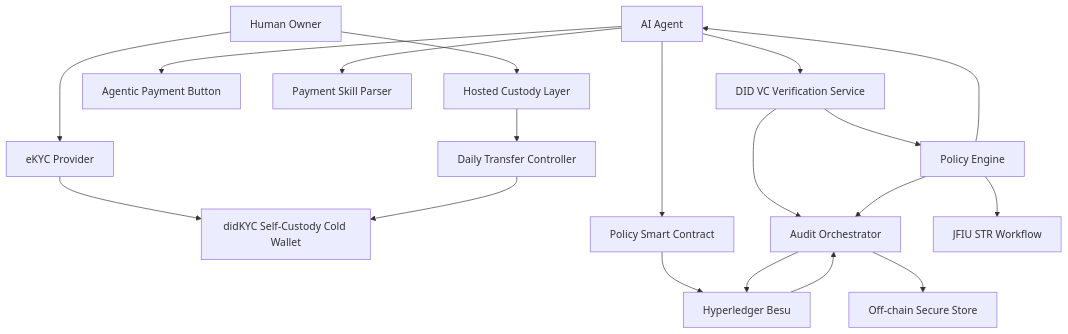
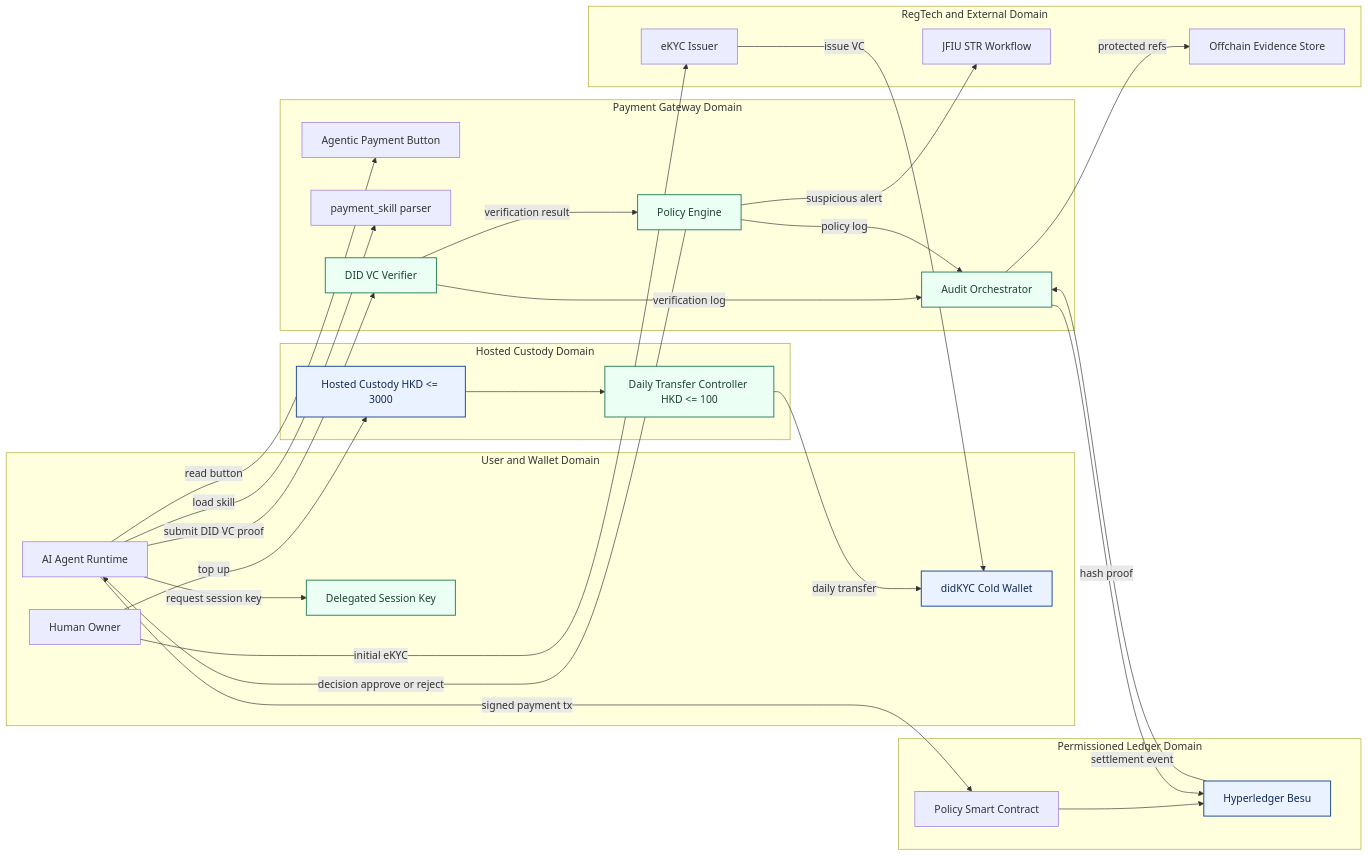
The diagram in wallet/technical_architecture_diagram.mmd (realmatterio/didKYC-Agentic-Micropayment-Public), drawn with Mermaid before and after one commit. The commit also changed 3 other files, not shown here.

```diff
--- a/wallet/technical_architecture_diagram.mmd
+++ b/wallet/technical_architecture_diagram.mmd
@@ -1,37 +1,62 @@
-flowchart TD
-  HO[Human Owner]
-  EK[eKYC Provider]
-  HC[Hosted Custody Layer]
-  TF[Daily Transfer Controller]
-  CW[didKYC Self-Custody Cold Wallet]
-  AG[AI Agent]
-  APB[Agentic Payment Button]
-  PS[Payment Skill Parser]
-  VE[DID VC Verification Service]
-  PE[Policy Engine]
-  SC[Policy Smart Contract]
-  BS[Hyperledger Besu]
-  AT[Audit Orchestrator]
-  OS[Off-chain Secure Store]
-  JF[JFIU STR Workflow]
+flowchart LR
+  subgraph U[User and Wallet Domain]
+    HO[Human Owner]
+    AG[AI Agent Runtime]
+    CW[didKYC Cold Wallet]
+    DK[Delegated Session Key]
+  end
 
-  HO --> EK
-  EK --> CW
-  HO --> HC
-  HC --> TF
-  TF --> CW
+  subgraph C[Hosted Custody Domain]
+    HC[Hosted Custody HKD <= 3000]
+    DT[Daily Transfer Controller HKD <= 100]
+  end
 
-  AG --> APB
-  AG --> PS
-  AG --> VE
-  VE --> PE
-  PE --> AG
-  AG --> SC
+  subgraph G[Payment Gateway Domain]
+    APB[Agentic Payment Button]
+    PS[payment_skill parser]
+    VE[DID VC Verifier]
+    PE[Policy Engine]
+    AO[Audit Orchestrator]
+  end
+
+  subgraph L[Permissioned Ledger Domain]
+    SC[Policy Smart Contract]
+    BS[Hyperledger Besu]
+  end
+
+  subgraph R[RegTech and External Domain]
+    EK[eKYC Issuer]
+    OS[Offchain Evidence Store]
+    JF[JFIU STR Workflow]
+  end
+
+  HO -- initial eKYC --> EK
+  EK -- issue VC --> CW
+
+  HO -- top up --> HC
+  HC --> DT
+  DT -- daily transfer --> CW
+
+  AG -- request session key --> DK
+  AG -- read button --> APB
+  AG -- load skill --> PS
+  AG -- submit DID VC proof --> VE
+  VE -- verification result --> PE
+  PE -- decision approve or reject --> AG
+
+  AG -- signed payment tx --> SC
   SC --> BS
 
-  BS --> AT
-  VE --> AT
-  PE --> AT
-  AT --> BS
-  AT --> OS
-  PE --> JF
+  BS -- settlement event --> AO
+  VE -- verification log --> AO
+  PE -- policy log --> AO
+  AO -- hash proof --> BS
+  AO -- protected refs --> OS
+  PE -- suspicious alert --> JF
+
+  classDef critical fill:#eaf2ff,stroke:#1f4b99,stroke-width:1.5px,color:#102a56;
+  classDef control fill:#ecfff5,stroke:#2f855a,stroke-width:1.5px,color:#1b4332;
+  classDef domain fill:#f8fbff,stroke:#9fb3c8,stroke-width:1px,color:#243b53;
+
+  class CW,HC,BS critical;
+  class VE,PE,AO,DT,DK control;
```
